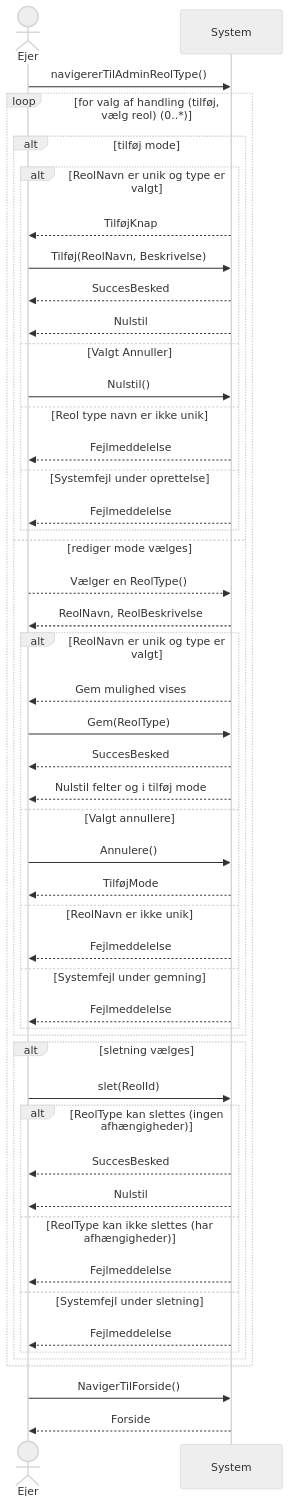
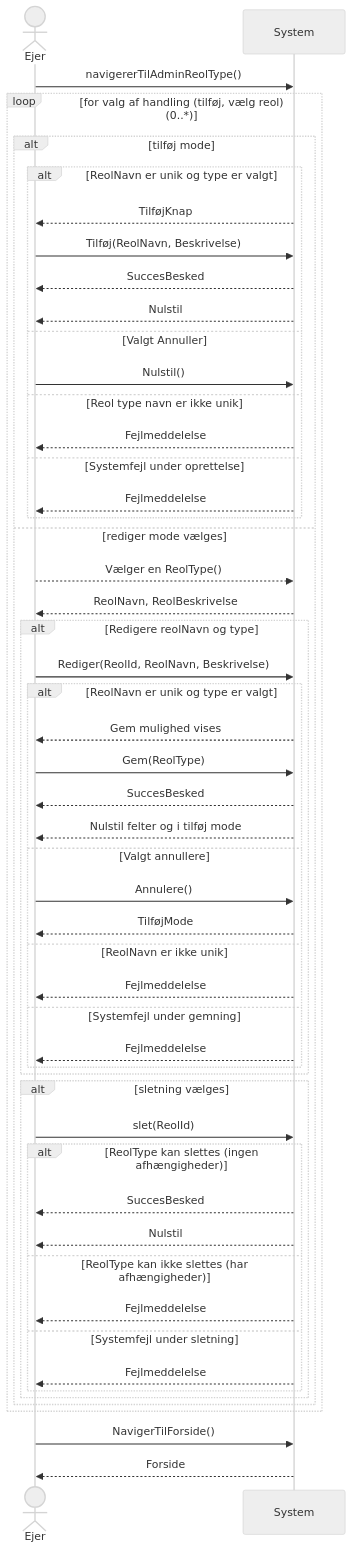
The diagram in docs/sprint-1/UseCase005-AdministrateShelfType/SSD.mmd (DMOoF25-TEAM11/ShelfMarket), drawn with Mermaid (neutral theme) before and after one commit. The commit also changed 5 other files, not shown here.

```diff
--- a/docs/sprint-1/UseCase005-AdministrateShelfType/SSD.mmd
+++ b/docs/sprint-1/UseCase005-AdministrateShelfType/SSD.mmd
@@ -1,56 +1,58 @@
 sequenceDiagram
     actor Ejer
     participant System
 
     Ejer->>System: navigererTilAdminReolType()
 
     loop for valg af handling (tilføj, vælg reol) (0..*)
 
         alt tilføj mode
             alt ReolNavn er unik og type er valgt
                 System-->>Ejer: TilføjKnap
                 Ejer->>System: Tilføj(ReolNavn, Beskrivelse)
                 System-->>Ejer: SuccesBesked
                 System-->>Ejer: Nulstil
             else Valgt Annuller
                 Ejer->>System: Nulstil()
             else Reol type navn er ikke unik
                 System-->>Ejer: Fejlmeddelelse
             else Systemfejl under oprettelse
                 System-->>Ejer: Fejlmeddelelse
             end
 
         else rediger mode vælges
             Ejer-->>System: Vælger en ReolType()
             System-->>Ejer: ReolNavn, ReolBeskrivelse
 
-            alt ReolNavn er unik og type er valgt
-                System-->>Ejer: Gem mulighed vises
-                Ejer->>System: Gem(ReolType)
-                System-->>Ejer: SuccesBesked
-                System-->>Ejer: Nulstil felter og i tilføj mode
-            else Valgt annullere
-                Ejer->>System: Annulere()
-                System-->>Ejer: TilføjMode
-            else ReolNavn er ikke unik
-                System-->>Ejer: Fejlmeddelelse
-            else Systemfejl under gemning
-                System-->>Ejer: Fejlmeddelelse
+            alt Redigere reolNavn og type
+                Ejer->>System: Rediger(ReolId, ReolNavn, Beskrivelse)
+                alt ReolNavn er unik og type er valgt
+                    System-->>Ejer: Gem mulighed vises
+                    Ejer->>System: Gem(ReolType)
+                    System-->>Ejer: SuccesBesked
+                    System-->>Ejer: Nulstil felter og i tilføj mode
+                else Valgt annullere
+                    Ejer->>System: Annulere()
+                    System-->>Ejer: TilføjMode
+                else ReolNavn er ikke unik
+                    System-->>Ejer: Fejlmeddelelse
+                else Systemfejl under gemning
+                    System-->>Ejer: Fejlmeddelelse
+                end
+            end
+
+            alt sletning vælges
+                Ejer->>System: slet(ReolId)
+                alt ReolType kan slettes (ingen afhængigheder)
+                    System-->>Ejer: SuccesBesked
+                    System-->>Ejer: Nulstil
+                else ReolType kan ikke slettes (har afhængigheder)
+                    System-->>Ejer: Fejlmeddelelse
+                else Systemfejl under sletning
+                    System-->>Ejer: Fejlmeddelelse
+                end
             end
         end
-
-        alt sletning vælges
-            Ejer->>System: slet(ReolId)
-            alt ReolType kan slettes (ingen afhængigheder)
-                System-->>Ejer: SuccesBesked
-                System-->>Ejer: Nulstil
-            else ReolType kan ikke slettes (har afhængigheder)
-                System-->>Ejer: Fejlmeddelelse
-            else Systemfejl under sletning
-                System-->>Ejer: Fejlmeddelelse
-            end
-        end
-
     end
     Ejer->>System: NavigerTilForside()
     System-->>Ejer: Forside
```
